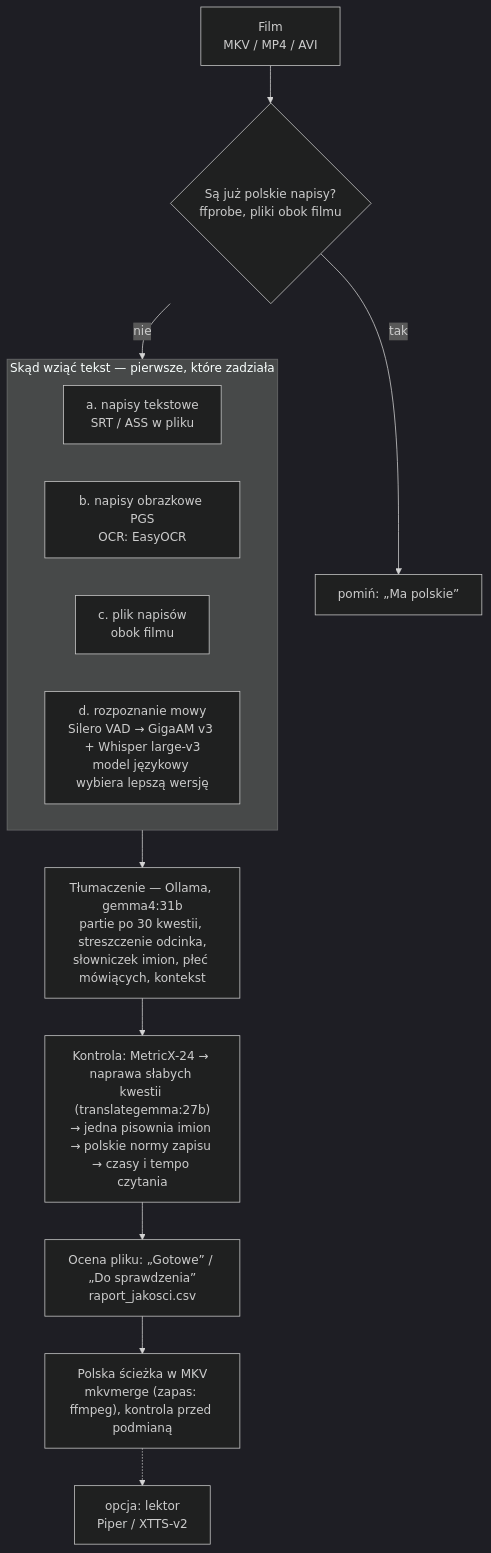
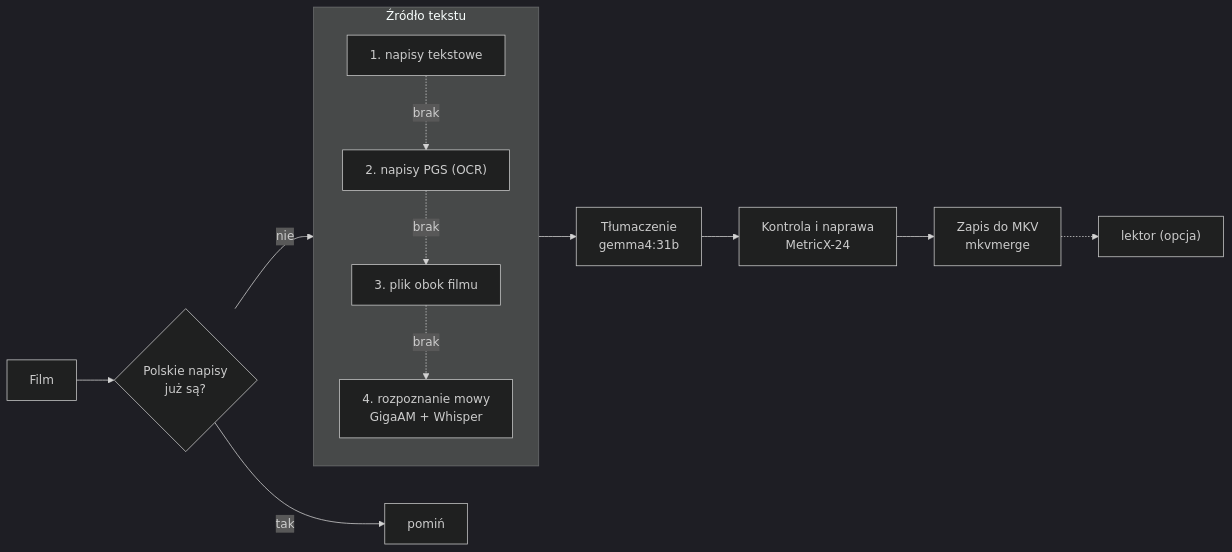
One commit to gregmol123/mkv-translator changed the diagram in README.md. Above: the diagram before and after it, drawn with Mermaid (dark theme). The commit also changed 1 other file, not shown here.

Commit message:
README: prostszy, poziomy schemat działania

````diff
--- a/README.md
+++ b/README.md
@@ -18,18 +18,16 @@
 ```mermaid
-flowchart TD
-    A["Film<br/>MKV / MP4 / AVI"] --> B{"Są już polskie napisy?<br/>ffprobe, pliki obok filmu"}
-    B -- tak --> Z["pomiń: „Ma polskie”"]
-    B -- nie --> S
-    subgraph S["Skąd wziąć tekst — pierwsze, które zadziała"]
-        direction LR
-        S1["a. napisy tekstowe<br/>SRT / ASS w pliku"]
-        S2["b. napisy obrazkowe PGS<br/>OCR: EasyOCR"]
-        S3["c. plik napisów<br/>obok filmu"]
-        S4["d. rozpoznanie mowy<br/>Silero VAD → GigaAM v3 + Whisper large-v3<br/>model językowy wybiera lepszą wersję"]
+flowchart LR
+    A["Film"] --> B{"Polskie napisy<br/>już są?"}
+    B -- tak --> Z["pomiń"]
+    B -- nie --> S1
+    subgraph S["Źródło tekstu"]
+        direction TB
+        S1["1. napisy tekstowe"] -. brak .-> S2["2. napisy PGS (OCR)"]
+        S2 -. brak .-> S3["3. plik obok filmu"]
+        S3 -. brak .-> S4["4. rozpoznanie mowy<br/>GigaAM + Whisper"]
     end
-    S --> T["Tłumaczenie — Ollama, gemma4:31b<br/>partie po 30 kwestii, streszczenie odcinka,<br/>słowniczek imion, płeć mówiących, kontekst"]
-    T --> Q["Kontrola: MetricX-24 → naprawa słabych kwestii (translategemma:27b)<br/>→ jedna pisownia imion → polskie normy zapisu → czasy i tempo czytania"]
-    Q --> O["Ocena pliku: „Gotowe” / „Do sprawdzenia”<br/>raport_jakosci.csv"]
-    O --> M["Polska ścieżka w MKV<br/>mkvmerge (zapas: ffmpeg), kontrola przed podmianą"]
-    M -.-> L["opcja: lektor<br/>Piper / XTTS-v2"]
+    S --> T["Tłumaczenie<br/>gemma4:31b"]
+    T --> Q["Kontrola i naprawa<br/>MetricX-24"]
+    Q --> M["Zapis do MKV<br/>mkvmerge"]
+    M -.-> L["lektor (opcja)"]
 ```
````
